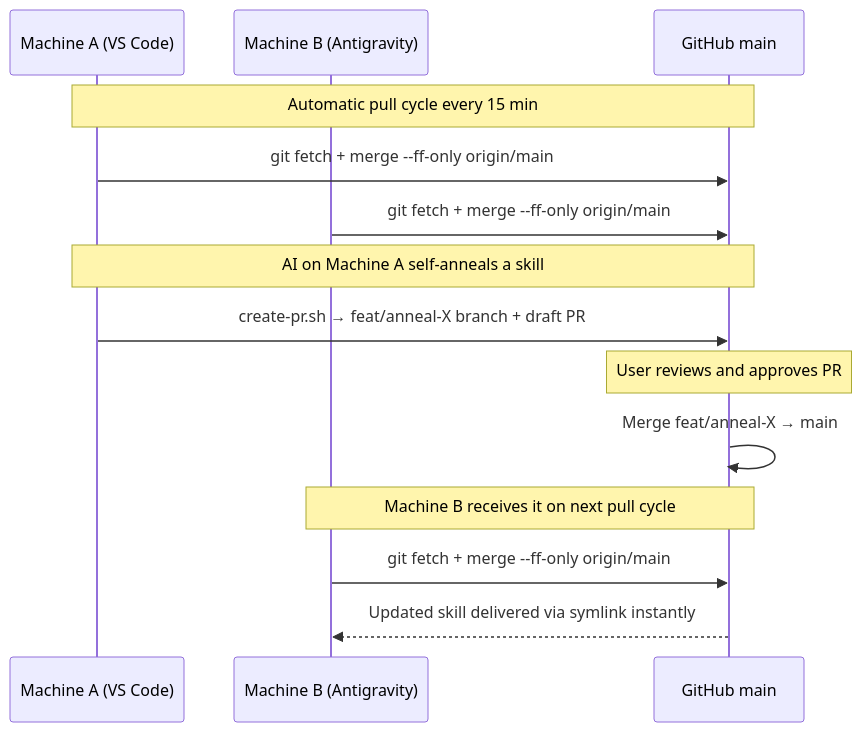
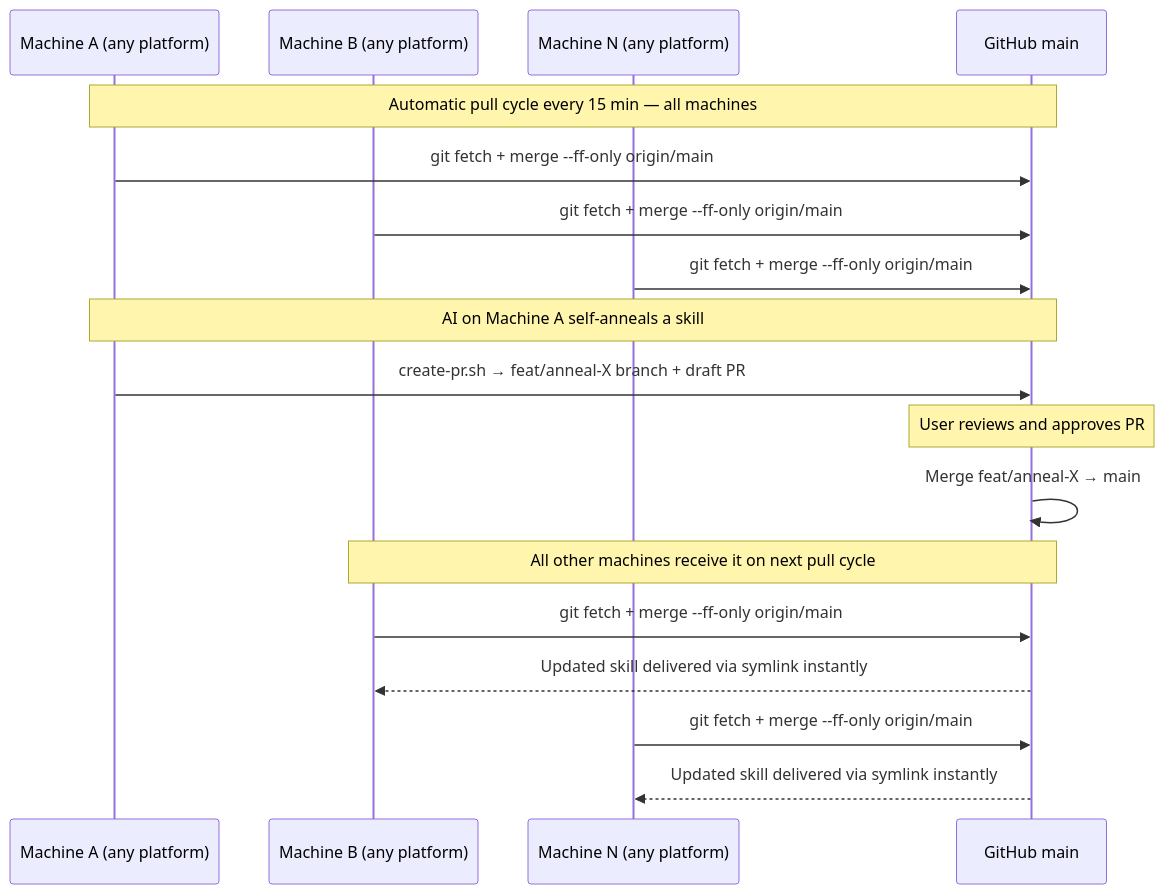
Before and after one commit to chf3198/copilot-governance: the second of 5 diagrams in README.md, drawn with Mermaid. The commit also changed other lines of this file and 1 other file, not shown here.

First line of the commit message:
docs(architecture): reframe as platform-agnostic, not three-platform fixed

````diff
--- a/README.md
+++ b/README.md
@@ -171,19 +176,23 @@
 ```mermaid
 sequenceDiagram
-    participant M1 as Machine A (VS Code)
-    participant M2 as Machine B (Antigravity)
+    participant M1 as Machine A (any platform)
+    participant M2 as Machine B (any platform)
+    participant MN as Machine N (any platform)
     participant GH as GitHub main
 
-    Note over M1,GH: Automatic pull cycle every 15 min
+    Note over M1,GH: Automatic pull cycle every 15 min — all machines
     M1->>GH: git fetch + merge --ff-only origin/main
     M2->>GH: git fetch + merge --ff-only origin/main
+    MN->>GH: git fetch + merge --ff-only origin/main
 
     Note over M1,GH: AI on Machine A self-anneals a skill
     M1->>GH: create-pr.sh → feat/anneal-X branch + draft PR
     Note over GH: User reviews and approves PR
     GH->>GH: Merge feat/anneal-X → main
 
-    Note over M2,GH: Machine B receives it on next pull cycle
+    Note over M2,GH: All other machines receive it on next pull cycle
     M2->>GH: git fetch + merge --ff-only origin/main
     GH-->>M2: Updated skill delivered via symlink instantly
+    MN->>GH: git fetch + merge --ff-only origin/main
+    GH-->>MN: Updated skill delivered via symlink instantly
 ```
````
